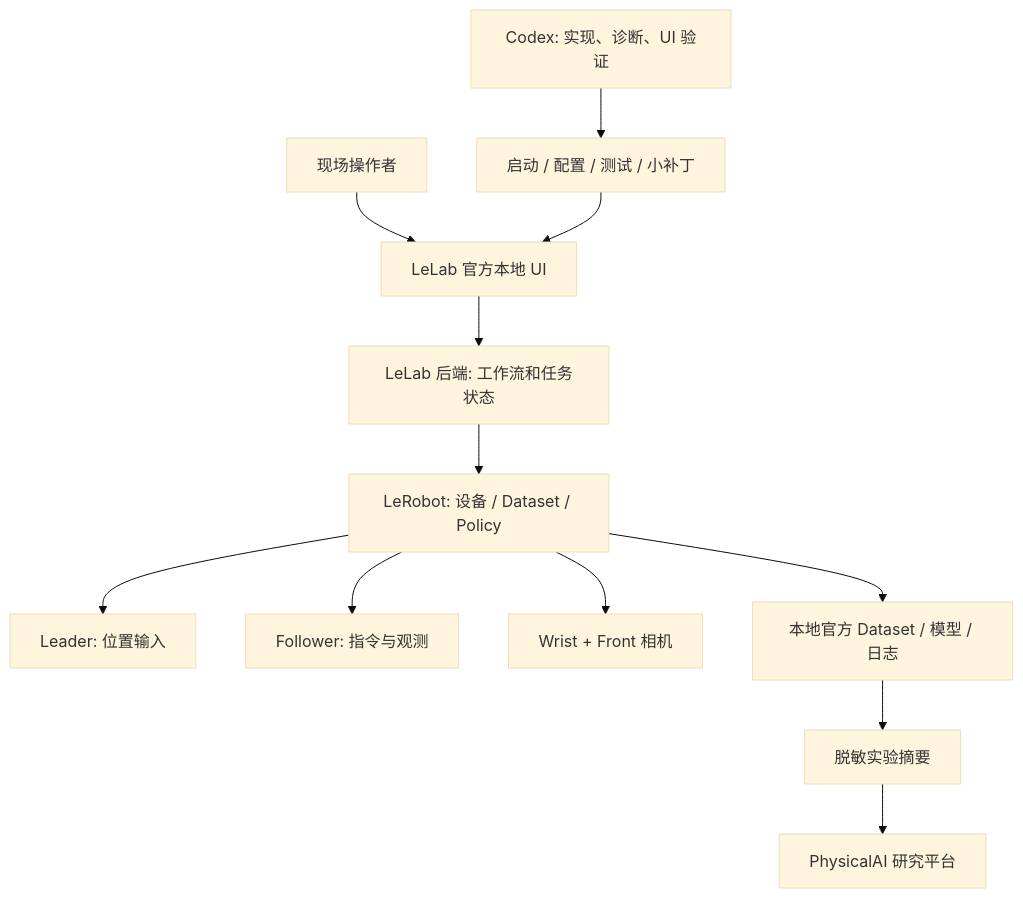
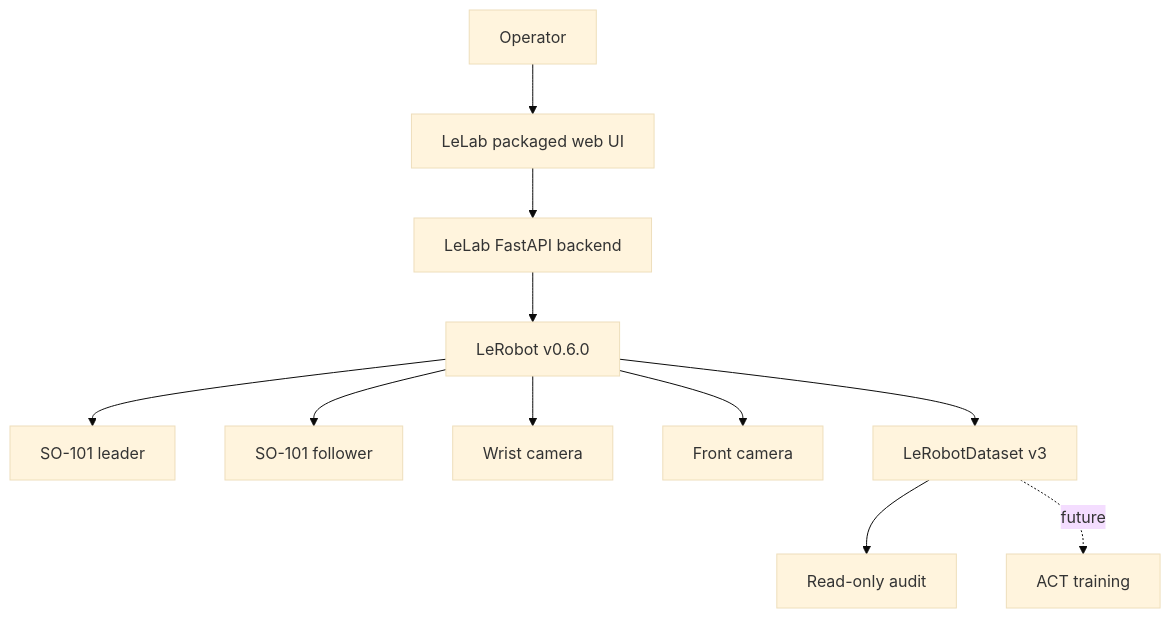
The diagram in docs/ARCHITECTURE.md (sgyliu8/LeRobot), drawn with Mermaid (base theme) before and after one commit. The commit also changed other lines of this file and 41 other files, not shown here.

````diff
--- a/docs/ARCHITECTURE.md
+++ b/docs/ARCHITECTURE.md
@@ -11,14 +7,13 @@
 ```mermaid
 flowchart TB
-    O[现场操作者] --> UI[LeLab 官方本地 UI]
-    C[Codex: 实现、诊断、UI 验证] --> SW[启动 / 配置 / 测试 / 小补丁]
-    SW --> UI
-    UI --> LL[LeLab 后端: 工作流和任务状态]
-    LL --> LR[LeRobot: 设备 / Dataset / Policy]
-    LR --> L[Leader: 位置输入]
-    LR --> F[Follower: 指令与观测]
-    LR --> CAM[Wrist + Front 相机]
-    LR --> D[本地官方 Dataset / 模型 / 日志]
-    D --> E[脱敏实验摘要]
-    E --> A[PhysicalAI 研究平台]
+    U[Operator] --> UI[LeLab packaged web UI]
+    UI --> API[LeLab FastAPI backend]
+    API --> LR[LeRobot v0.6.0]
+    LR --> L[SO-101 leader]
+    LR --> F[SO-101 follower]
+    LR --> C1[Wrist camera]
+    LR --> C2[Front camera]
+    LR --> DS[LeRobotDataset v3]
+    DS --> AUDIT[Read-only audit]
+    DS -. future .-> ACT[ACT training]
 ```
````
